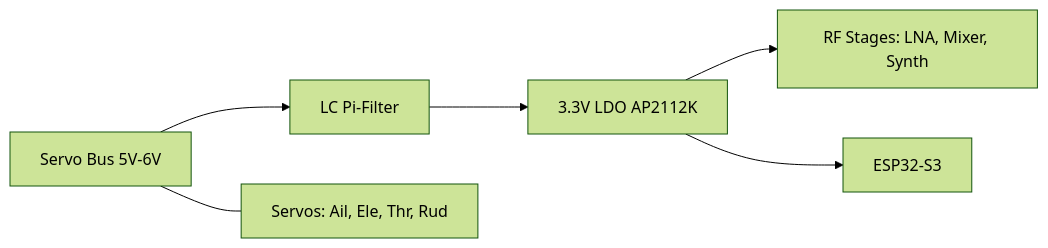
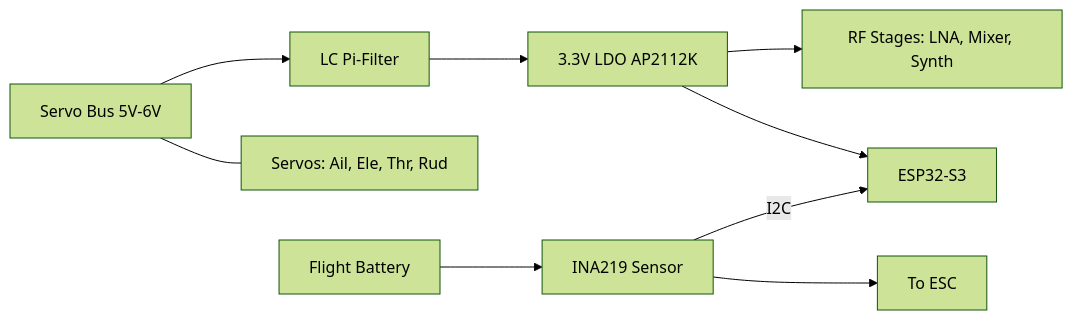
One commit to ne9n/RC_6m changed the diagram in RX_Hardware/RX_Power_Supply_Design.md. Above: the diagram before and after it, drawn with Mermaid (forest theme). The commit also changed other lines of this file and 4 other files, not shown here.

Commit message:
Synchronize BOMs, Netlist, and Schematic Blueprints with new telemetry hardware

````diff
--- a/RX_Hardware/RX_Power_Supply_Design.md
+++ b/RX_Hardware/RX_Power_Supply_Design.md
@@ -15,8 +15,11 @@
 ```mermaid
 graph LR
     SERVO[Servo Bus 5V-6V] --> FILT[LC Pi-Filter]
     FILT --> LDO[3.3V LDO AP2112K]
     LDO --> RF[RF Stages: LNA, Mixer, Synth]
     LDO --> MCU[ESP32-S3]
     SERVO --- SERVOS[Servos: Ail, Ele, Thr, Rud]
+    BATT[Flight Battery] --> INA[INA219 Sensor]
+    INA --> ESC[To ESC]
+    INA -- I2C --> MCU
 ```
````
